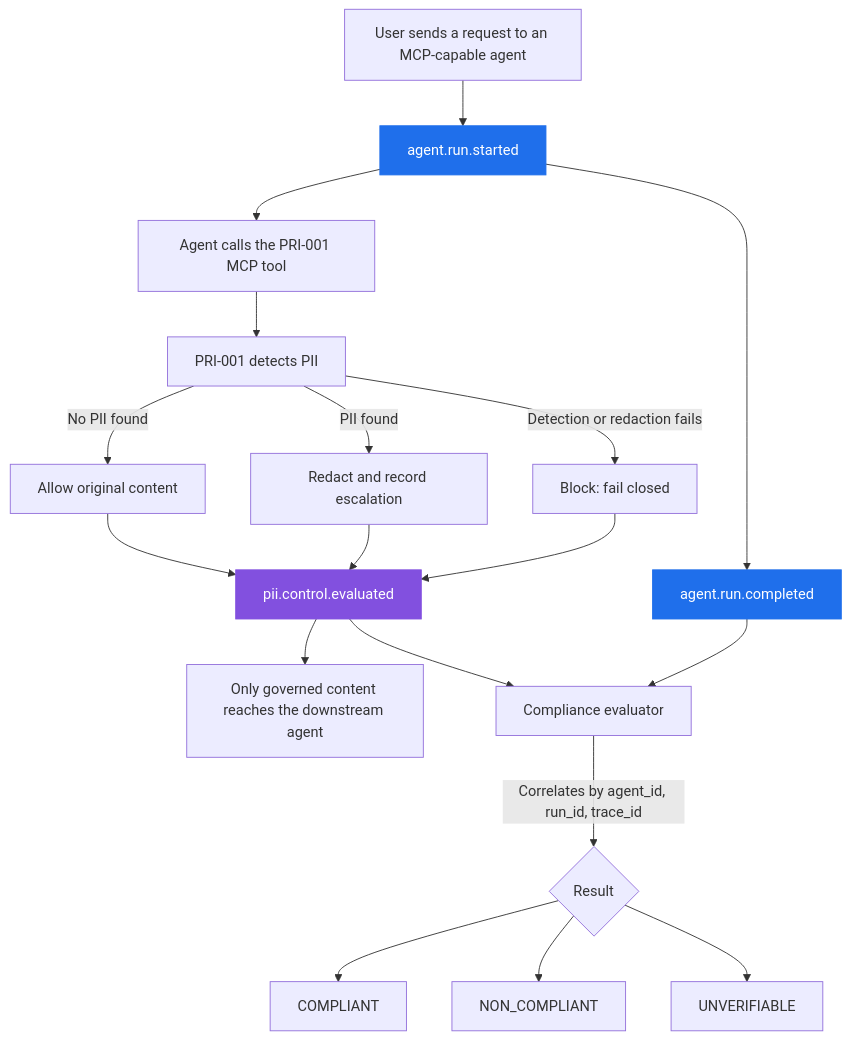
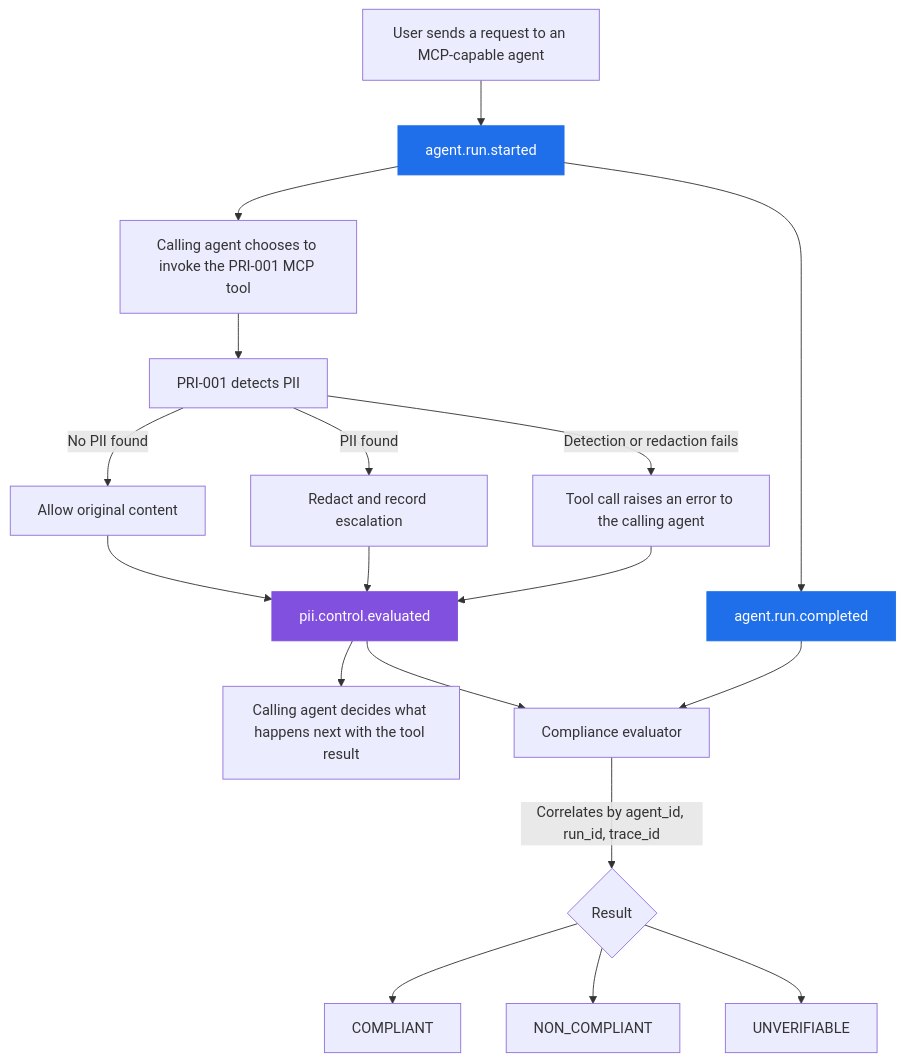
One commit to doruit/forged-with-foundry changed the first of 2 diagrams in controls/privacy/PRI-001_pii_exposure/community/CR-001_copilot_studio_interop/README.md. Above: the diagram before and after it, drawn with Mermaid. The commit also changed other lines of this file, not shown here.

First line of the commit message:
docs(cr-001): describe MCP/A2A operational differences in table and diagrams

````diff
--- a/controls/privacy/PRI-001_pii_exposure/community/CR-001_copilot_studio_interop/README.md
+++ b/controls/privacy/PRI-001_pii_exposure/community/CR-001_copilot_studio_interop/README.md
@@ -90,25 +95,25 @@
 ```mermaid
 flowchart TB
     U[User sends a request to an MCP-capable agent] --> RS[agent.run.started]
-    RS --> MCPN[Agent calls the PRI-001 MCP tool]
+    RS --> MCPN[Calling agent chooses to invoke the PRI-001 MCP tool]
     MCPN --> DET[PRI-001 detects PII]
     DET -->|No PII found| ALLOW[Allow original content]
     DET -->|PII found| REDACT[Redact and record escalation]
-    DET -->|Detection or redaction fails| BLOCK[Block: fail closed]
+    DET -->|Detection or redaction fails| ERR[Tool call raises an error to the calling agent]
     ALLOW --> CE[pii.control.evaluated]
     REDACT --> CE
-    BLOCK --> CE
-    CE --> DOWN[Only governed content reaches the downstream agent]
+    ERR --> CE
+    CE --> DOWN[Calling agent decides what happens next with the tool result]
     RS --> RC[agent.run.completed]
     RC --> EVAL[Compliance evaluator]
     CE --> EVAL
     EVAL -->|Correlates by agent_id, run_id, trace_id| RESULT{Result}
     RESULT --> COMPLIANT[COMPLIANT]
     RESULT --> NONCOMPLIANT[NON_COMPLIANT]
     RESULT --> UNVERIFIABLE[UNVERIFIABLE]
 
     classDef runEvidence fill:#1f6feb,stroke:#1f6feb,color:#fff
     classDef controlEvidence fill:#8250df,stroke:#8250df,color:#fff
     class RS,RC runEvidence
     class CE controlEvidence
 ```
````
